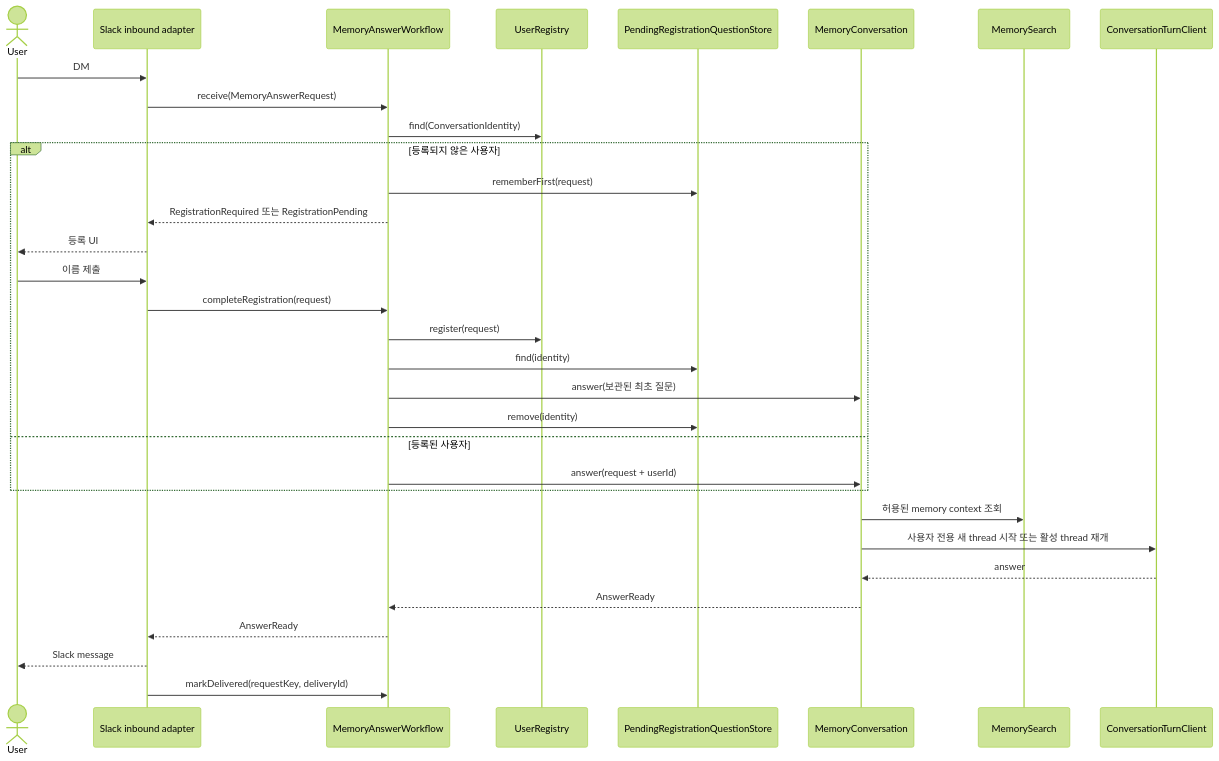
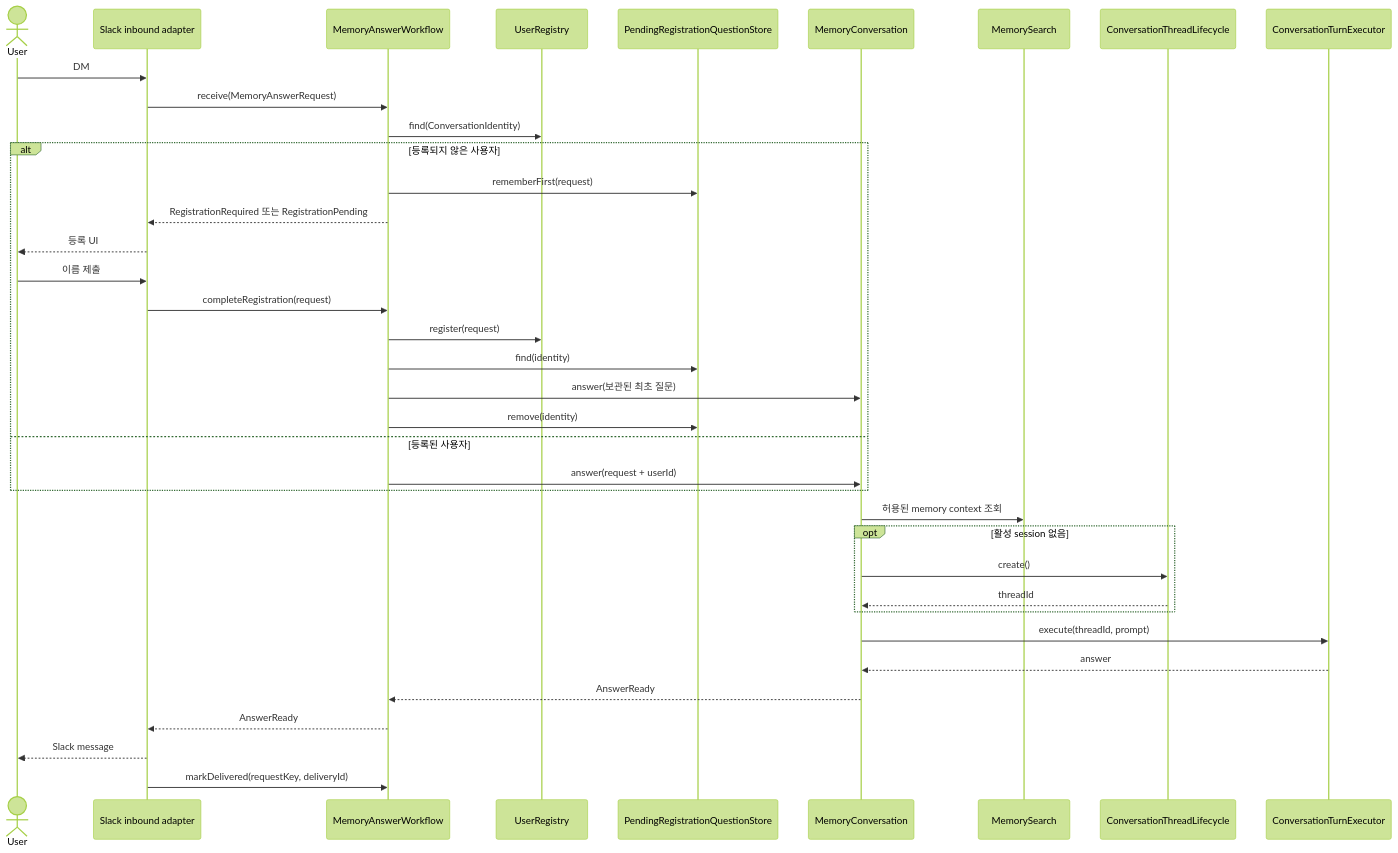
One commit to magenta1223/home_assistant changed the second of 2 diagrams in application/src/main/kotlin/com/homeassistant/application/usecase/README.md. Above: the diagram before and after it, drawn with Mermaid (forest theme). The commit also changed other lines of this file and 23 other files, not shown here.

Commit message:
refactor: separate thread lifecycle and turn client

````diff
--- a/application/src/main/kotlin/com/homeassistant/application/usecase/README.md
+++ b/application/src/main/kotlin/com/homeassistant/application/usecase/README.md
@@ -60,35 +60,40 @@
 ```mermaid
 sequenceDiagram
     actor User
     participant Inbound as Slack inbound adapter
     participant Workflow as MemoryAnswerWorkflow
     participant Registry as UserRegistry
     participant Pending as PendingRegistrationQuestionStore
     participant Conversation as MemoryConversation
     participant Search as MemorySearch
-    participant Codex as ConversationTurnClient
+    participant Lifecycle as ConversationThreadLifecycle
+    participant Executor as ConversationTurnExecutor
 
     User->>Inbound: DM
     Inbound->>Workflow: receive(MemoryAnswerRequest)
     Workflow->>Registry: find(ConversationIdentity)
     alt 등록되지 않은 사용자
         Workflow->>Pending: rememberFirst(request)
         Workflow-->>Inbound: RegistrationRequired 또는 RegistrationPending
         Inbound-->>User: 등록 UI
         User->>Inbound: 이름 제출
         Inbound->>Workflow: completeRegistration(request)
         Workflow->>Registry: register(request)
         Workflow->>Pending: find(identity)
         Workflow->>Conversation: answer(보관된 최초 질문)
         Workflow->>Pending: remove(identity)
     else 등록된 사용자
         Workflow->>Conversation: answer(request + userId)
     end
     Conversation->>Search: 허용된 memory context 조회
-    Conversation->>Codex: 사용자 전용 새 thread 시작 또는 활성 thread 재개
-    Codex-->>Conversation: answer
+    opt 활성 session 없음
+        Conversation->>Lifecycle: create()
+        Lifecycle-->>Conversation: threadId
+    end
+    Conversation->>Executor: execute(threadId, prompt)
+    Executor-->>Conversation: answer
     Conversation-->>Workflow: AnswerReady
     Workflow-->>Inbound: AnswerReady
     Inbound-->>User: Slack message
     Inbound->>Workflow: markDelivered(requestKey, deliveryId)
 ```
````
